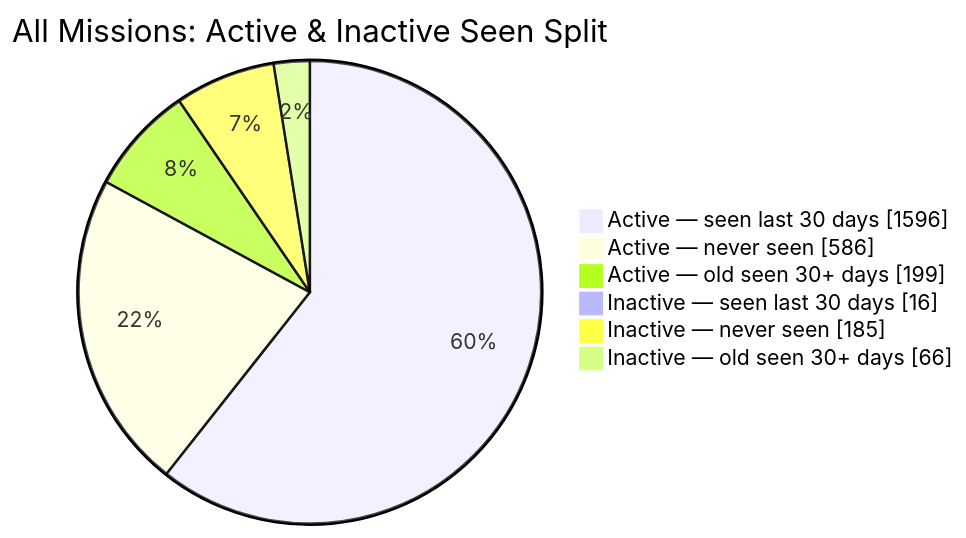
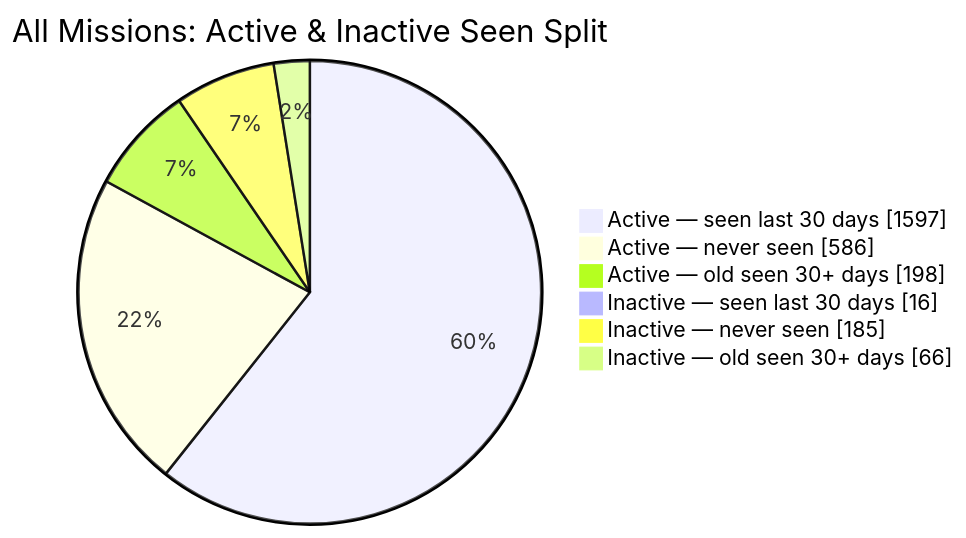
One commit to MeldkamerspelGameTeam/active-missions changed the second of 2 diagrams in README.md. Above: the diagram before and after it, drawn with Mermaid. The commit also changed other lines of this file and 2 other files, not shown here.

````diff
--- a/README.md
+++ b/README.md
@@ -44,10 +44,10 @@
 ```mermaid
 pie showData
     title All Missions: Active & Inactive Seen Split
-    "Active — seen last 30 days" : 1596
+    "Active — seen last 30 days" : 1597
     "Active — never seen" : 586
-    "Active — old seen 30+ days" : 199
+    "Active — old seen 30+ days" : 198
     "Inactive — seen last 30 days" : 16
     "Inactive — never seen" : 185
     "Inactive — old seen 30+ days" : 66
 ```
````
